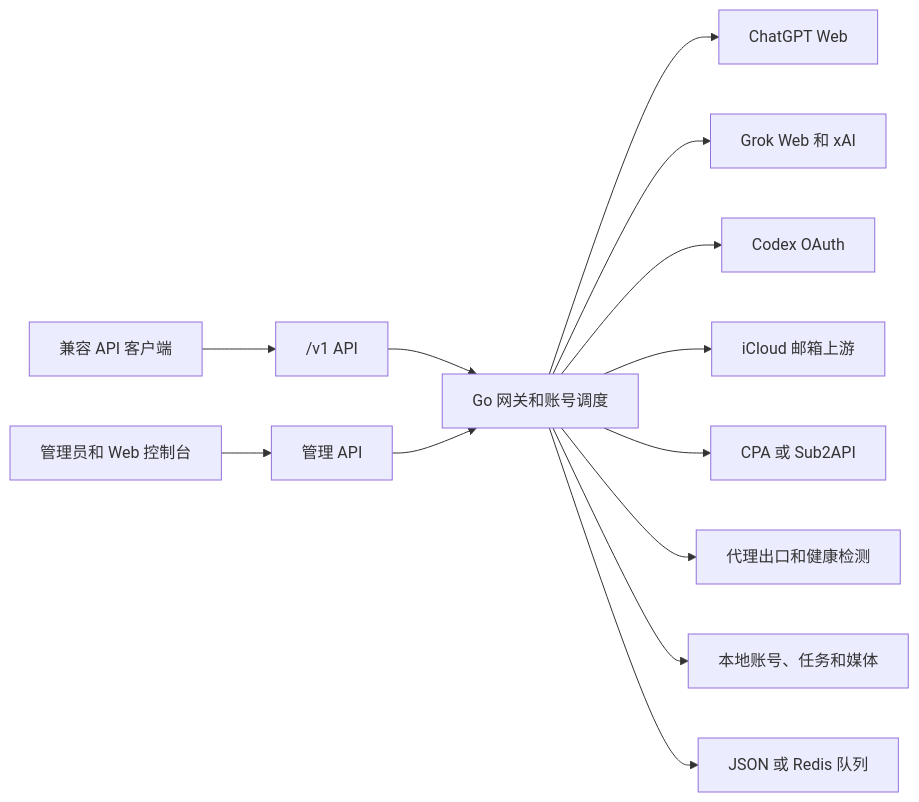
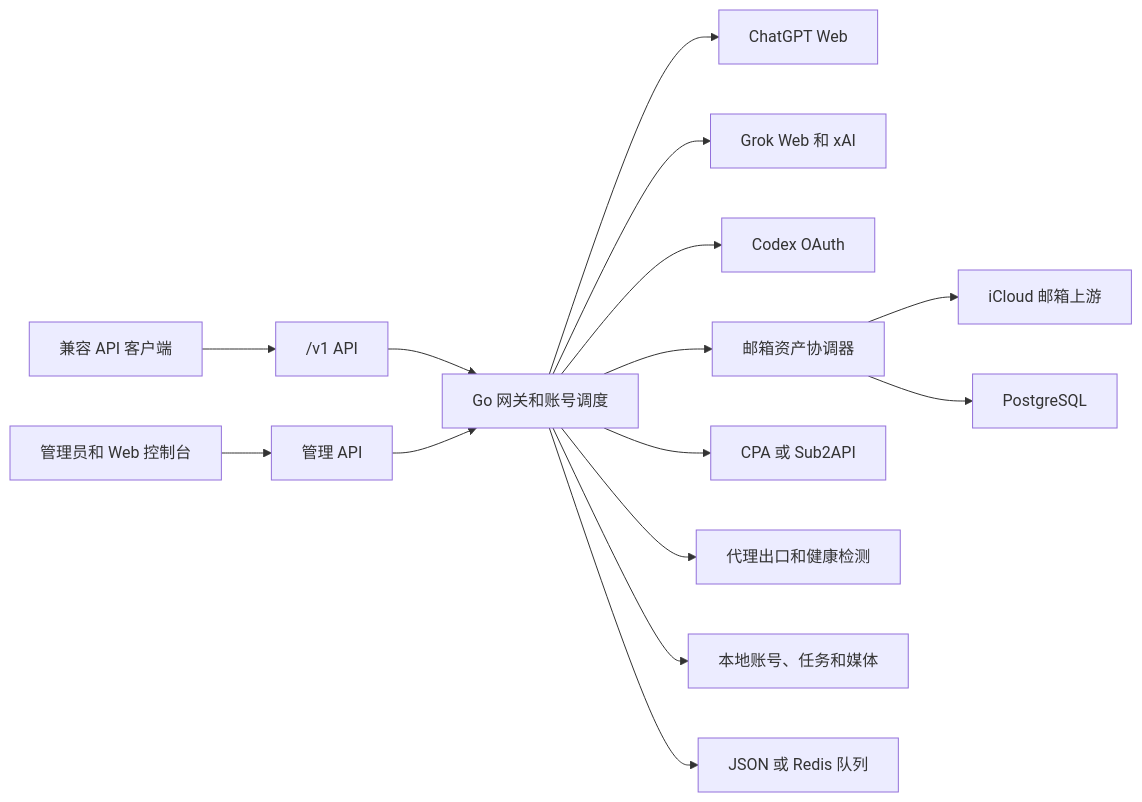
Before and after one commit to SkyKoo/gptGrok2api: the diagram in README.md, drawn with Mermaid. The commit also changed other lines of this file and 33 other files, not shown here.

Commit message:
feat(mailbox): coordinate GPT and Grok iCloud assets

````diff
--- a/README.md
+++ b/README.md
@@ -48,15 +50,17 @@
 ```mermaid
 flowchart LR
   client["兼容 API 客户端"] --> api["/v1 API"]
   admin["管理员和 Web 控制台"] --> management["管理 API"]
   api --> core["Go 网关和账号调度"]
   management --> core
   core --> chatgpt["ChatGPT Web"]
   core --> grok["Grok Web 和 xAI"]
   core --> codex["Codex OAuth"]
-  core --> email["iCloud 邮箱上游"]
+  core --> mailbox["邮箱资产协调器"]
+  mailbox --> email["iCloud 邮箱上游"]
+  mailbox --> postgres["PostgreSQL"]
   core --> external["CPA 或 Sub2API"]
   core --> proxy["代理出口和健康检测"]
   core --> storage["本地账号、任务和媒体"]
   core --> queue["JSON 或 Redis 队列"]
 ```
````
